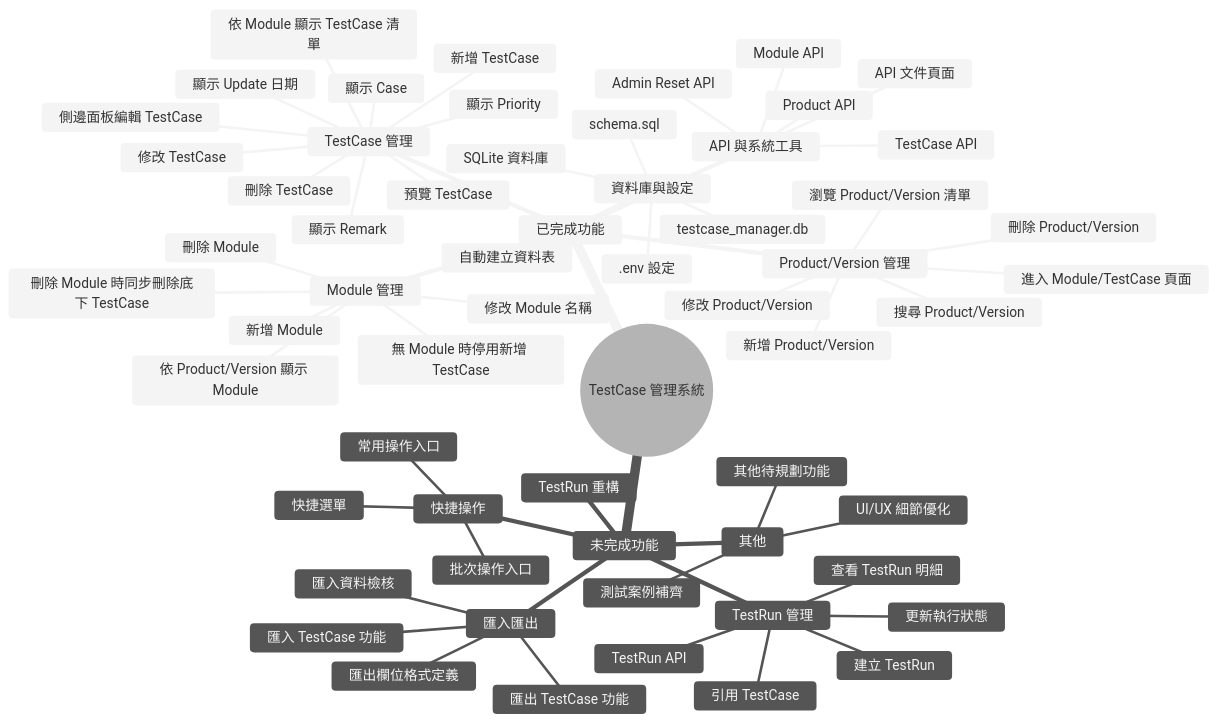
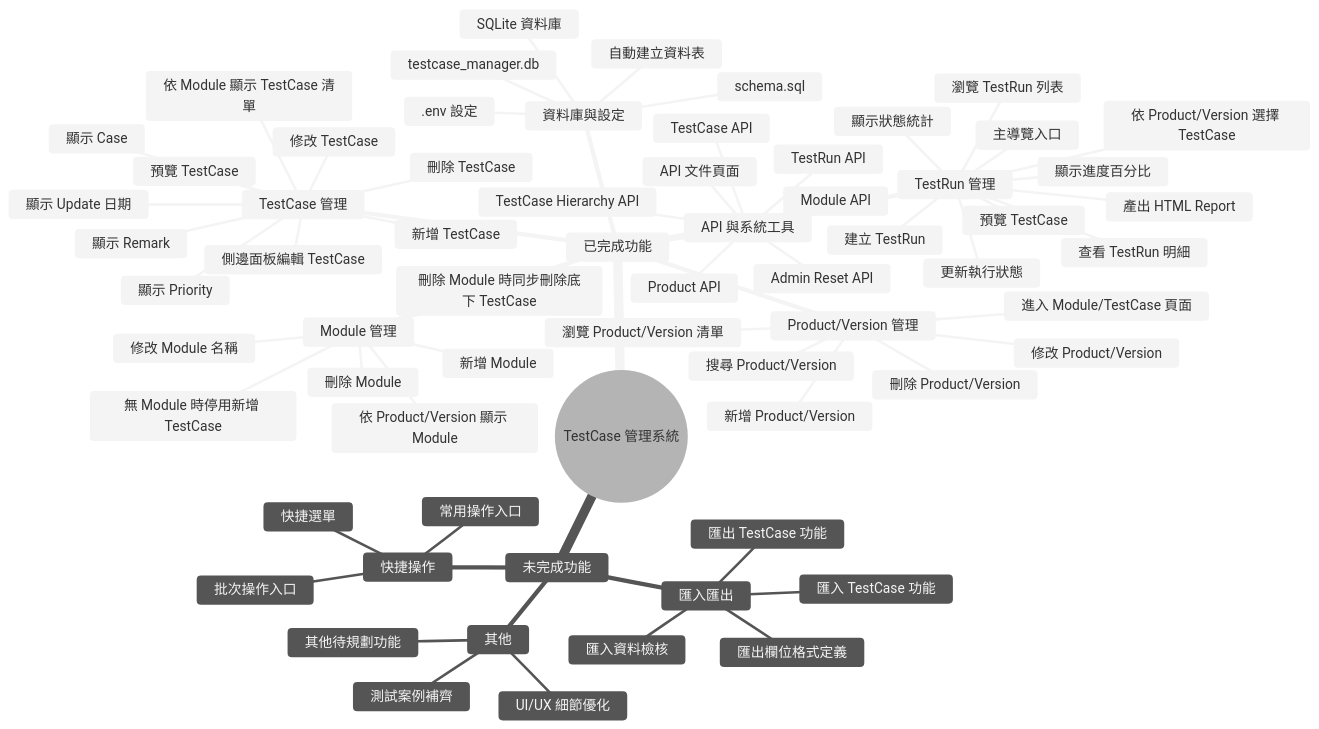
Before and after one commit to finy0623742746/Testcase_Manager: the diagram in SYSTEM_MINDMAP.md, drawn with Mermaid (neutral theme). The commit also changed 10 other files, not shown here.

Commit message:
Update: TestRun UI and API

````diff
--- a/SYSTEM_MINDMAP.md
+++ b/SYSTEM_MINDMAP.md
@@ -10,63 +10,69 @@
 ```mermaid
 mindmap
   root((TestCase 管理系統))
     已完成功能
       Product/Version 管理
         瀏覽 Product/Version 清單
         新增 Product/Version
         修改 Product/Version
         刪除 Product/Version
         搜尋 Product/Version
         進入 Module/TestCase 頁面
       Module 管理
         依 Product/Version 顯示 Module
         新增 Module
         修改 Module 名稱
         刪除 Module
         刪除 Module 時同步刪除底下 TestCase
         無 Module 時停用新增 TestCase
       TestCase 管理
         依 Module 顯示 TestCase 清單
         新增 TestCase
         修改 TestCase
         刪除 TestCase
         預覽 TestCase
         側邊面板編輯 TestCase
         顯示 Case
         顯示 Priority
         顯示 Remark
         顯示 Update 日期
       API 與系統工具
         API 文件頁面
         Product API
         Module API
         TestCase API
+        TestCase Hierarchy API
+        TestRun API
         Admin Reset API
+      TestRun 管理
+        主導覽入口
+        瀏覽 TestRun 列表
+        顯示進度百分比
+        顯示狀態統計
+        建立 TestRun
+        依 Product/Version 選擇 TestCase
+        預覽 TestCase
+        更新執行狀態
+        查看 TestRun 明細
+        產出 HTML Report
       資料庫與設定
         SQLite 資料庫
         testcase_manager.db
         自動建立資料表
         schema.sql
         .env 設定
     未完成功能
-      TestRun 重構
-      TestRun 管理
-        建立 TestRun
-        引用 TestCase
-        更新執行狀態
-        查看 TestRun 明細
-        TestRun API
       匯入匯出
         匯出 TestCase 功能
         匯入 TestCase 功能
         匯入資料檢核
         匯出欄位格式定義
       快捷操作
         快捷選單
         常用操作入口
         批次操作入口
       其他
         其他待規劃功能
         UI/UX 細節優化
         測試案例補齊
 ```
````
